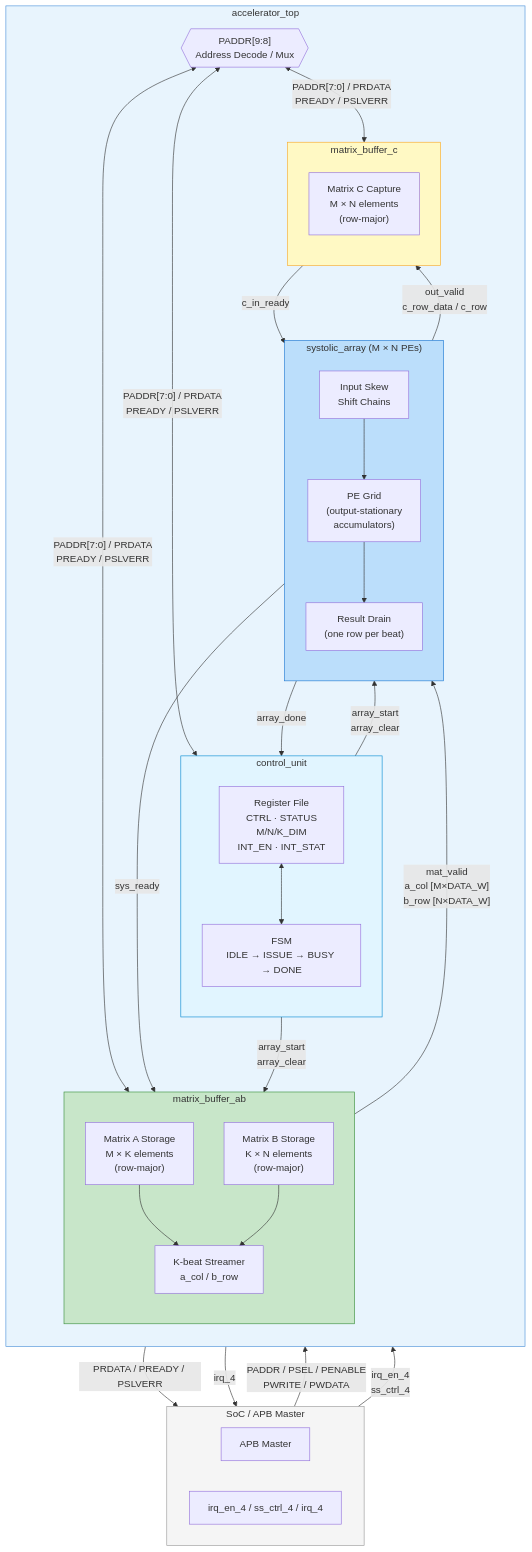
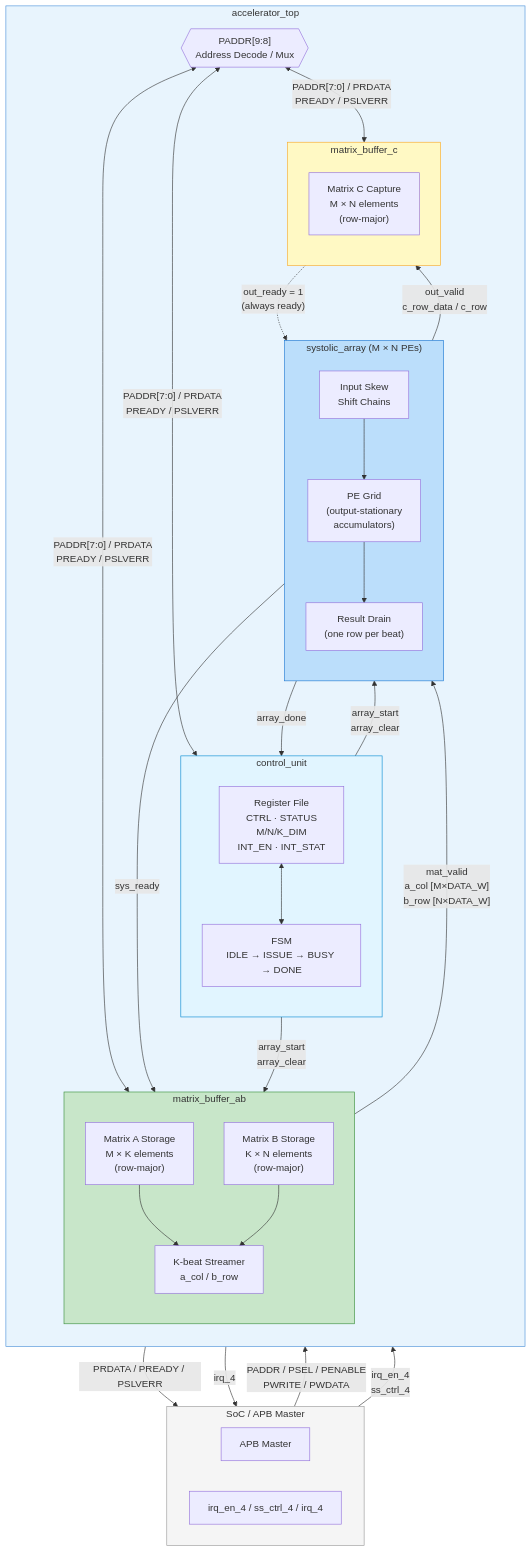
The first of 5 diagrams in docs/interface/accelerator_top_if.md (lithegreat/systolic-array-AI-accelerator), drawn with Mermaid before and after one commit. The commit also changed other lines of this file and 4 other files, not shown here.

````diff
--- a/docs/interface/accelerator_top_if.md
+++ b/docs/interface/accelerator_top_if.md
@@ -22,70 +22,70 @@
 ```mermaid
 flowchart TB
    subgraph SoC["SoC / APB Master"]
       direction LR
       apb_m["APB Master"]
       soc_irq["irq_en_4 / ss_ctrl_4 / irq_4"]
    end
 
    subgraph TOP["accelerator_top"]
       direction TB
 
       decode{{"PADDR[9:8]\nAddress Decode / Mux"}}
 
       subgraph CTRL["control_unit"]
          direction TB
          regs["Register File\nCTRL · STATUS\nM/N/K_DIM\nINT_EN · INT_STAT"]
          fsm["FSM\nIDLE → ISSUE → BUSY → DONE"]
          regs <--> fsm
       end
 
       subgraph AB["matrix_buffer_ab"]
          direction TB
          mem_a["Matrix A Storage\nM × K elements\n(row-major)"]
          mem_b["Matrix B Storage\nK × N elements\n(row-major)"]
          streamer["K-beat Streamer\na_col / b_row"]
          mem_a --> streamer
          mem_b --> streamer
       end
 
       subgraph ARRAY["systolic_array  (M × N PEs)"]
          direction TB
          skew["Input Skew\nShift Chains"]
          pes["PE Grid\n(output-stationary\naccumulators)"]
          drain["Result Drain\n(one row per beat)"]
          skew --> pes --> drain
       end
 
       subgraph C["matrix_buffer_c"]
          direction TB
          mem_c["Matrix C Capture\nM × N elements\n(row-major)"]
       end
 
       decode <-- "PADDR[7:0] / PRDATA\nPREADY / PSLVERR" --> CTRL
       decode <-- "PADDR[7:0] / PRDATA\nPREADY / PSLVERR" --> AB
       decode <-- "PADDR[7:0] / PRDATA\nPREADY / PSLVERR" --> C
 
       fsm -- "array_start\narray_clear" --> streamer
       fsm -- "array_start\narray_clear" --> ARRAY
       drain -- "array_done" --> fsm
 
       streamer -- "mat_valid\na_col [M×DATA_W]\nb_row [N×DATA_W]" --> skew
       skew -- "sys_ready" --> streamer
 
       drain -- "out_valid\nc_row_data / c_row" --> mem_c
-      mem_c -- "c_in_ready" --> drain
+      mem_c -. "out_ready = 1\n(always ready)" .-> drain
    end
 
    apb_m -- "PADDR / PSEL / PENABLE\nPWRITE / PWDATA" --> decode
    decode -- "PRDATA / PREADY / PSLVERR" --> apb_m
 
    soc_irq -- "irq_en_4\nss_ctrl_4" --> CTRL
    fsm -- "irq_4" --> soc_irq
 
    style SoC fill:#f5f5f5,stroke:#999
    style TOP fill:#e8f4fd,stroke:#4a90d9
    style CTRL fill:#e1f5ff,stroke:#0288d1
    style AB fill:#c8e6c9,stroke:#388e3c
    style ARRAY fill:#bbdefb,stroke:#1976d2
    style C fill:#fff9c4,stroke:#f9a825
 ```
````
